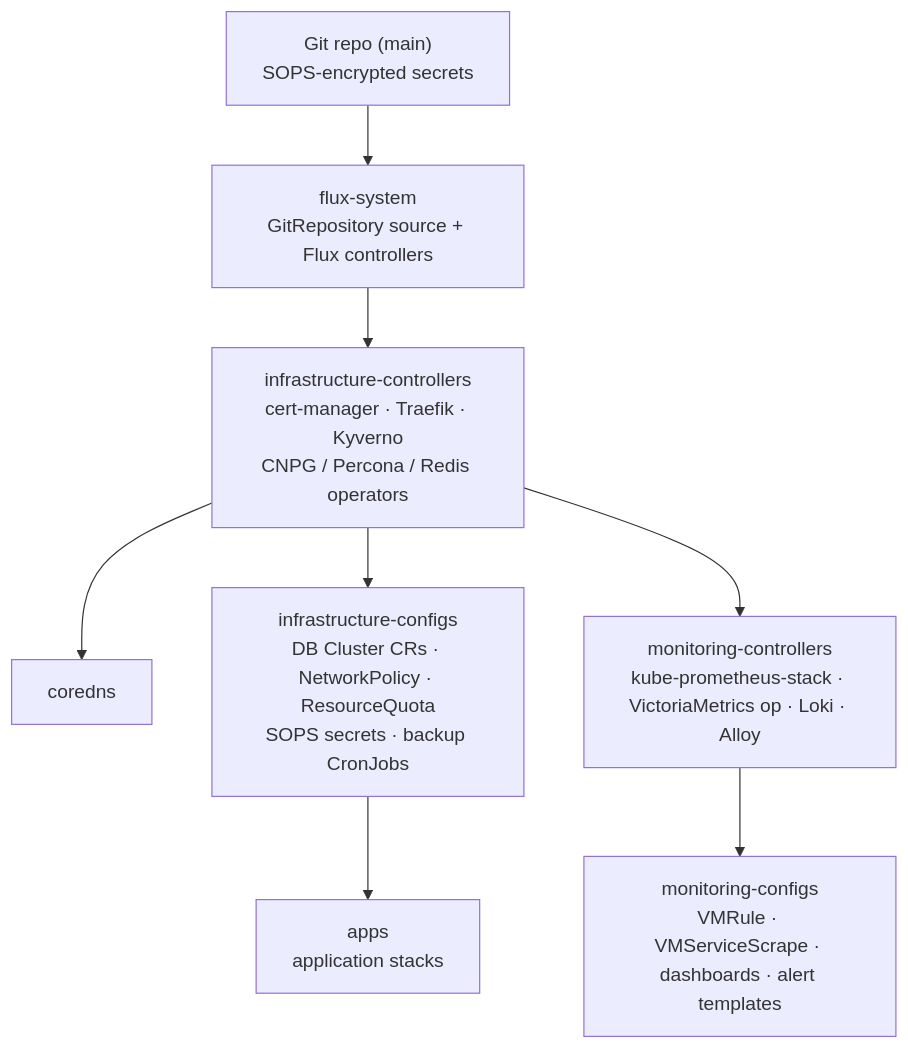
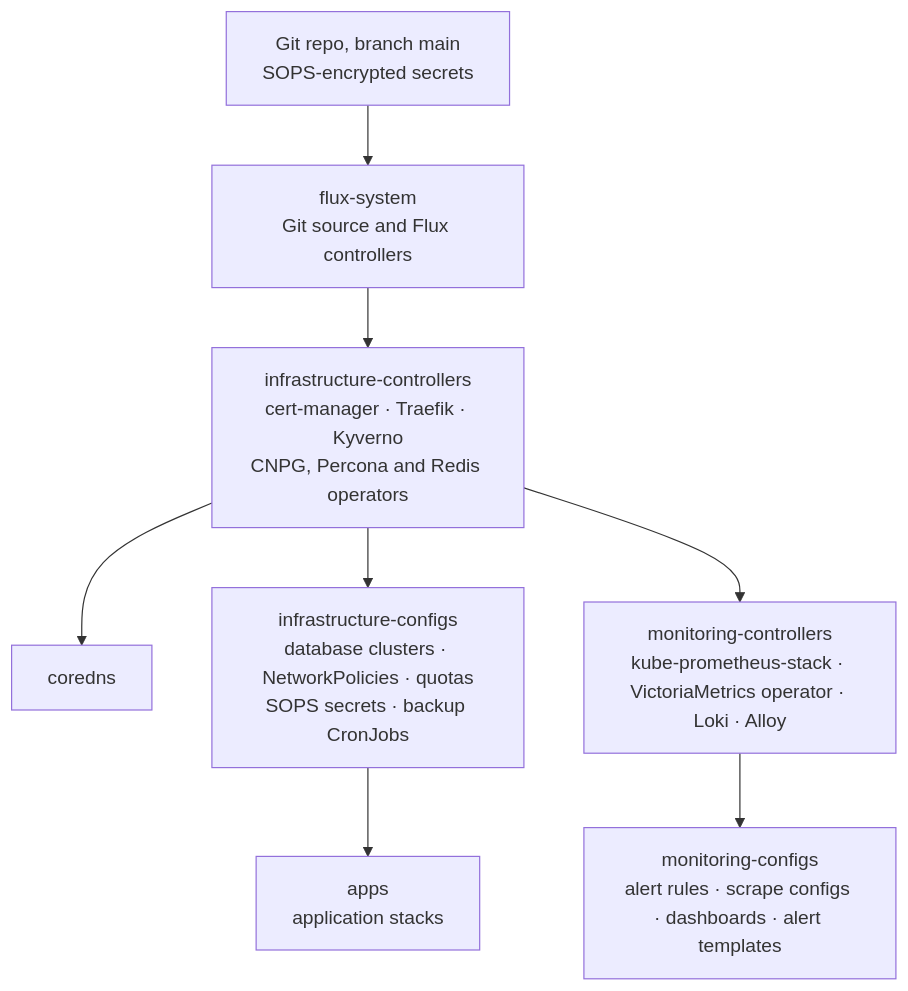
Before and after one commit to AKhozya/homelab: the second of 4 diagrams in docs/ARCHITECTURE.md, drawn with Mermaid. The commit also changed other lines of this file and 1 other file, not shown here.

Commit message:
docs: rewrite README and ARCHITECTURE in plain English with re-derived facts and refreshed diagrams

````diff
--- a/docs/ARCHITECTURE.md
+++ b/docs/ARCHITECTURE.md
@@ -46,10 +71,10 @@
 ```mermaid
 flowchart TB
-  G["Git repo (main)<br/>SOPS-encrypted secrets"] --> FS["flux-system<br/>GitRepository source + Flux controllers"]
-  FS --> IC["infrastructure-controllers<br/>cert-manager · Traefik · Kyverno<br/>CNPG / Percona / Redis operators"]
+  G["Git repo, branch main<br/>SOPS-encrypted secrets"] --> FS["flux-system<br/>Git source and Flux controllers"]
+  FS --> IC["infrastructure-controllers<br/>cert-manager · Traefik · Kyverno<br/>CNPG, Percona and Redis operators"]
   IC --> CD["coredns"]
-  IC --> ICF["infrastructure-configs<br/>DB Cluster CRs · NetworkPolicy · ResourceQuota<br/>SOPS secrets · backup CronJobs"]
-  IC --> MC["monitoring-controllers<br/>kube-prometheus-stack · VictoriaMetrics op · Loki · Alloy"]
+  IC --> ICF["infrastructure-configs<br/>database clusters · NetworkPolicies · quotas<br/>SOPS secrets · backup CronJobs"]
+  IC --> MC["monitoring-controllers<br/>kube-prometheus-stack · VictoriaMetrics operator · Loki · Alloy"]
   ICF --> APPS["apps<br/>application stacks"]
-  MC --> MCF["monitoring-configs<br/>VMRule · VMServiceScrape · dashboards · alert templates"]
+  MC --> MCF["monitoring-configs<br/>alert rules · scrape configs · dashboards · alert templates"]
 ```
````
